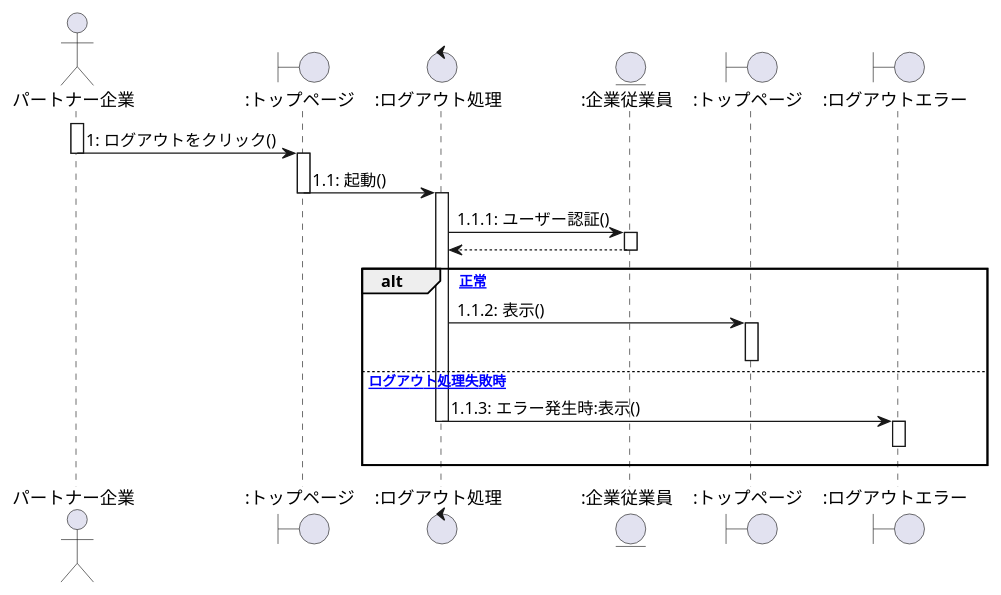
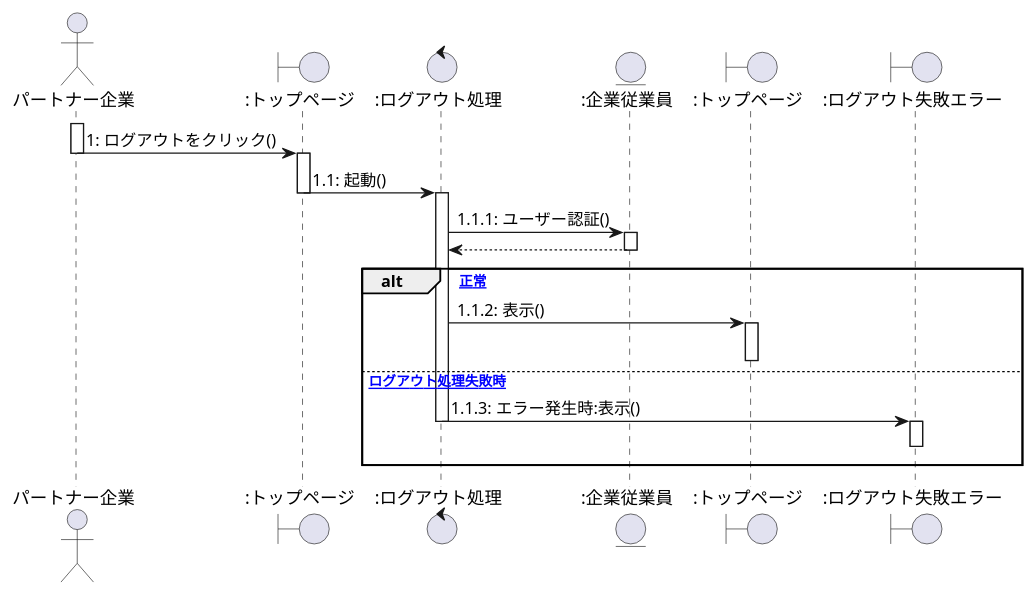
Before and after one commit to ksw2270227/GroupF: the third of 10 diagrams in client_sequence.plantuml, drawn with PlantUML. The commit also changed other lines of this file and 6 other files, not shown here.

```diff
--- a/client_sequence.plantuml
+++ b/client_sequence.plantuml
@@ -95,35 +95,35 @@
 @startuml ログアウト
 
 
 actor パートナー企業 as 0
 Boundary ":トップページ" as a
 Control ":ログアウト処理" as b
 Entity ":企業従業員" as c
 Boundary ":トップページ" as d
-Boundary ":ログアウトエラー" as e
+Boundary ":ログアウト失敗エラー" as e
 
 activate 0
     0 -> a :1: ログアウトをクリック()
 deactivate 0
 activate a
     a -> b :1.1: 起動()
 deactivate a
 activate b
     b -> c :1.1.1: ユーザー認証()
 activate c
     b <-- c
 deactivate c
 
 alt [正常]
     b -> d :1.1.2: 表示()
 activate d
 deactivate d
 else [ログアウト処理失敗時]
     b -> e :1.1.3: エラー発生時:表示()
 deactivate b
 activate e
 e -[hidden]-> e
 deactivate e
 end
 
 @enduml
```
